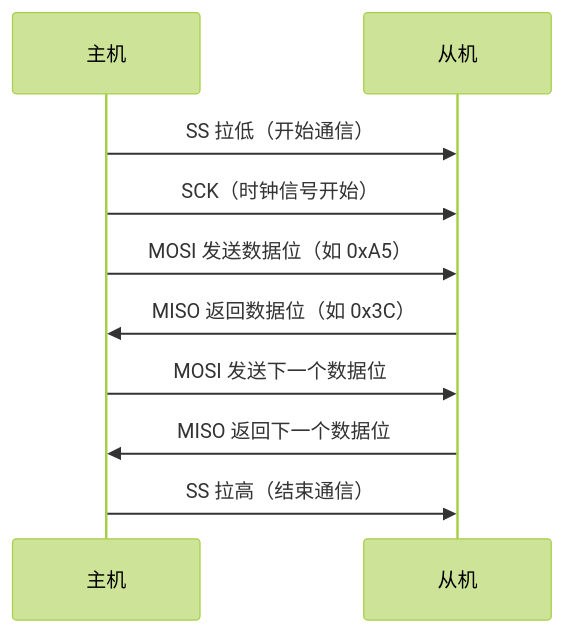
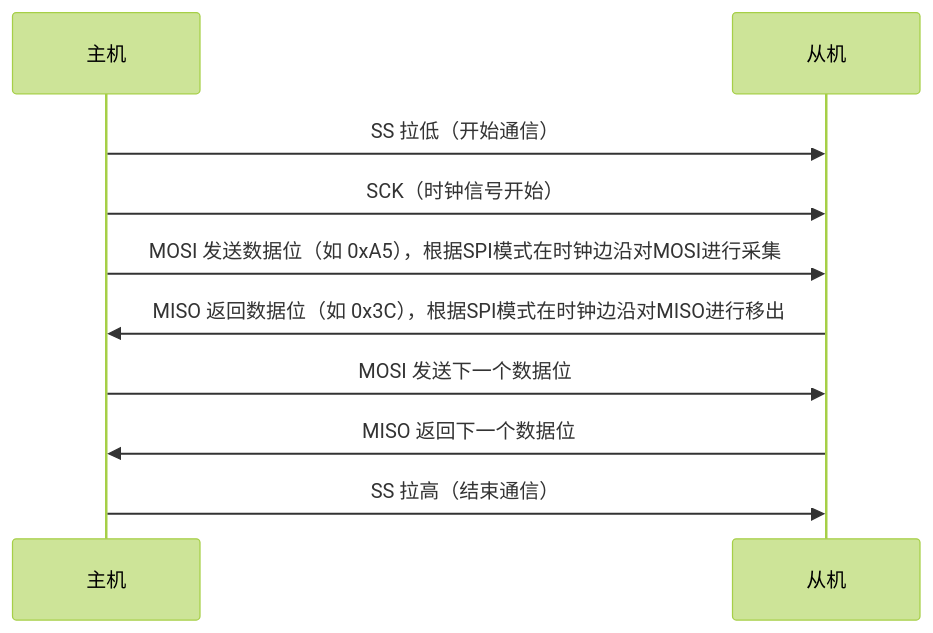
One commit to YooyoJin/yooyojin.github.io changed the third of 8 diagrams in _posts/2025-03-10-wired_communication_protocol_basics.md. Above: the diagram before and after it, drawn with Mermaid (forest theme). The commit also changed other lines of this file and 3 other files, not shown here.

````diff
--- a/_posts/2025-03-10-wired_communication_protocol_basics.md
+++ b/_posts/2025-03-10-wired_communication_protocol_basics.md
@@ -380,12 +380,12 @@
 ``` mermaid
 sequenceDiagram
     participant 主机
     participant 从机
     主机 ->> 从机: SS 拉低（开始通信）
     主机 ->> 从机: SCK（时钟信号开始）
-    主机 ->> 从机: MOSI 发送数据位（如 0xA5）
-    从机 ->> 主机: MISO 返回数据位（如 0x3C）
+    主机 ->> 从机: MOSI 发送数据位（如 0xA5），根据SPI模式在时钟边沿对MOSI进行采集
+    从机 ->> 主机: MISO 返回数据位（如 0x3C），根据SPI模式在时钟边沿对MISO进行移出
     主机 ->> 从机: MOSI 发送下一个数据位
     从机 ->> 主机: MISO 返回下一个数据位
     主机 ->> 从机: SS 拉高（结束通信）
 ```
````
